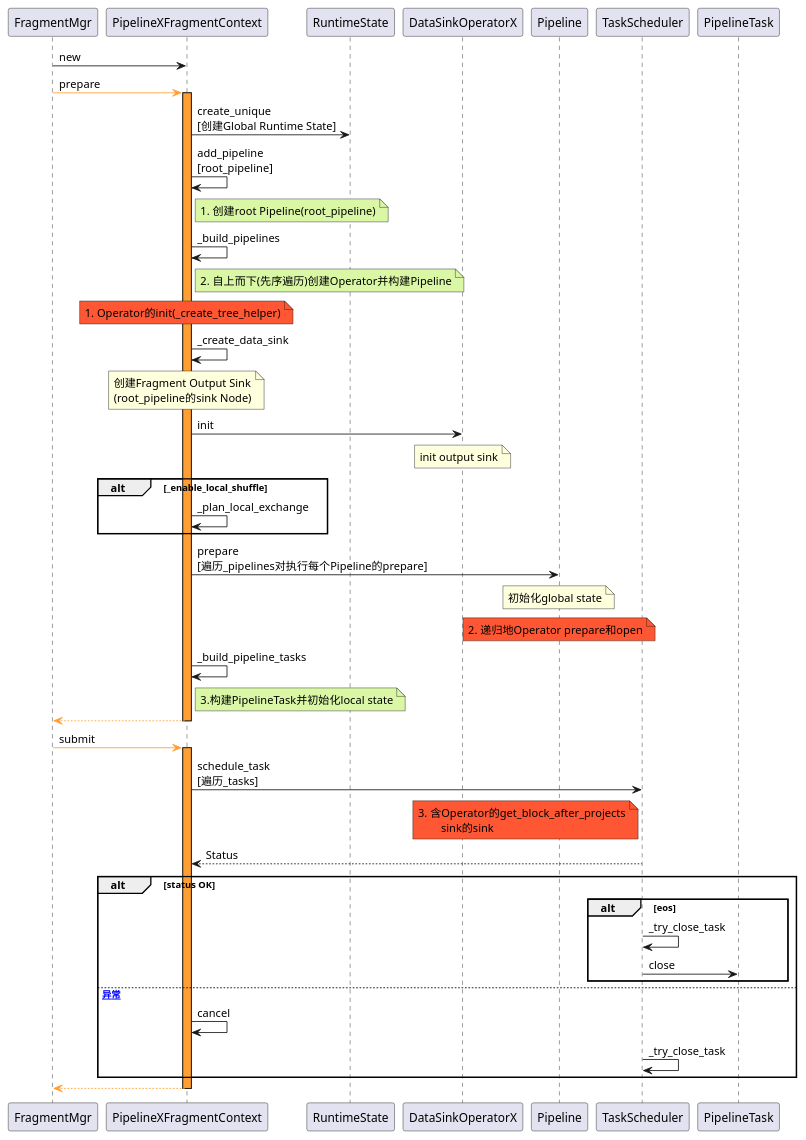
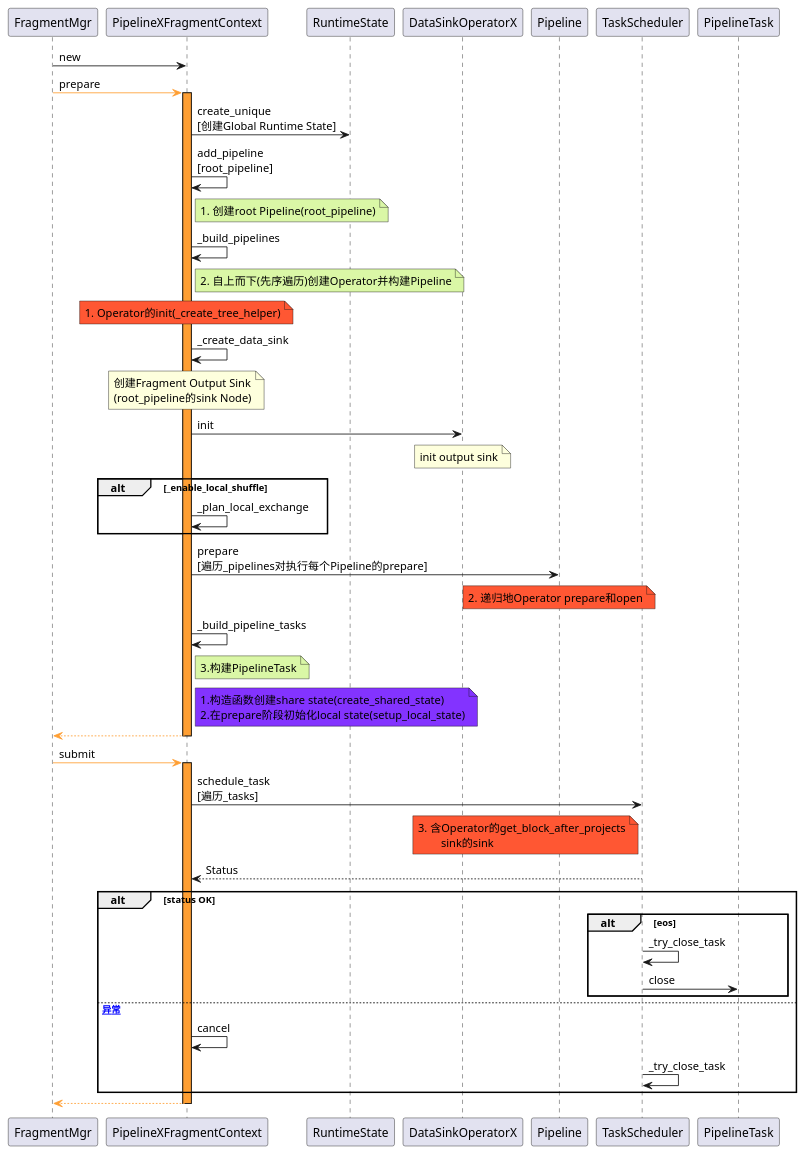
The first of 5 diagrams in doc/DB/Doris/SourceRead/11_03_Exec_PipelineX.md (DepInjoy/geektime), drawn with PlantUML before and after one commit. The commit also changed other lines of this file and 4 other files, not shown here.

````diff
--- a/doc/DB/Doris/SourceRead/11_03_Exec_PipelineX.md
+++ b/doc/DB/Doris/SourceRead/11_03_Exec_PipelineX.md
@@ -37,51 +36,51 @@
 ```plantuml
 @startuml
 FragmentMgr -> PipelineXFragmentContext:new
 FragmentMgr -[#FF9F33]> PipelineXFragmentContext:prepare
 activate PipelineXFragmentContext #FF9F33
 PipelineXFragmentContext -> RuntimeState:create_unique\n[创建Global Runtime State]
 PipelineXFragmentContext -> PipelineXFragmentContext:add_pipeline\n[root_pipeline]
 note right of PipelineXFragmentContext #DAF7A6 : 1. 创建root Pipeline(root_pipeline)
 
 PipelineXFragmentContext -> PipelineXFragmentContext:_build_pipelines
 note right of PipelineXFragmentContext #DAF7A6 : 2. 自上而下(先序遍历)创建Operator并构建Pipeline
 note over of PipelineXFragmentContext #FF5733 : 1. Operator的init(_create_tree_helper)
 
 PipelineXFragmentContext -> PipelineXFragmentContext:_create_data_sink
 note over of PipelineXFragmentContext: 创建Fragment Output Sink\n(root_pipeline的sink Node)
 
 PipelineXFragmentContext -> DataSinkOperatorX:init
 note over of DataSinkOperatorX : init output sink
 
 alt _enable_local_shuffle
 PipelineXFragmentContext -> PipelineXFragmentContext:_plan_local_exchange
 end
 
 PipelineXFragmentContext -> Pipeline:prepare\n[遍历_pipelines对执行每个Pipeline的prepare]
-note over of Pipeline: 初始化global state
 note over of Pipeline #FF5733 : 2. 递归地Operator prepare和open
 
 PipelineXFragmentContext -> PipelineXFragmentContext :_build_pipeline_tasks
-note right of PipelineXFragmentContext #DAF7A6 : 3.构建PipelineTask并初始化local state
+note right of PipelineXFragmentContext #DAF7A6 : 3.构建PipelineTask
+note right of PipelineXFragmentContext #8333FF : 1.构造函数创建share state(create_shared_state)\n2.在prepare阶段初始化local state(setup_local_state)
 
 PipelineXFragmentContext -[#FF9F33]-> FragmentMgr
 deactivate PipelineXFragmentContext
 
 FragmentMgr -[#FF9F33]> PipelineXFragmentContext:submit
 activate PipelineXFragmentContext #FF9F33
 PipelineXFragmentContext -> TaskScheduler:schedule_task\n[遍历_tasks]
 note left of TaskScheduler #FF5733 : 3. 含Operator的get_block_after_projects\n\tsink的sink
 TaskScheduler --> PipelineXFragmentContext : Status
 alt status OK
     alt eos
         TaskScheduler -> TaskScheduler:_try_close_task
         TaskScheduler -> PipelineTask:close
     end
 else [异常]
     PipelineXFragmentContext -> PipelineXFragmentContext:cancel
     TaskScheduler -> TaskScheduler:_try_close_task
 end
 PipelineXFragmentContext -[#FF9F33]-> FragmentMgr
 deactivate PipelineXFragmentContext
 @enduml
 ```
````
